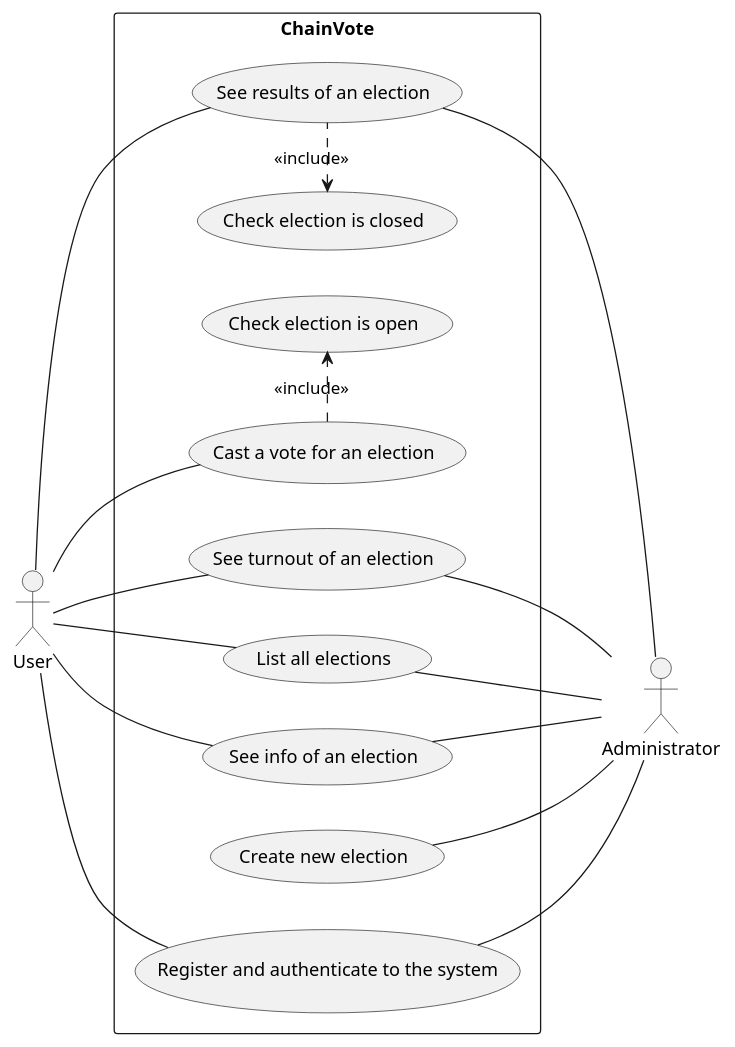
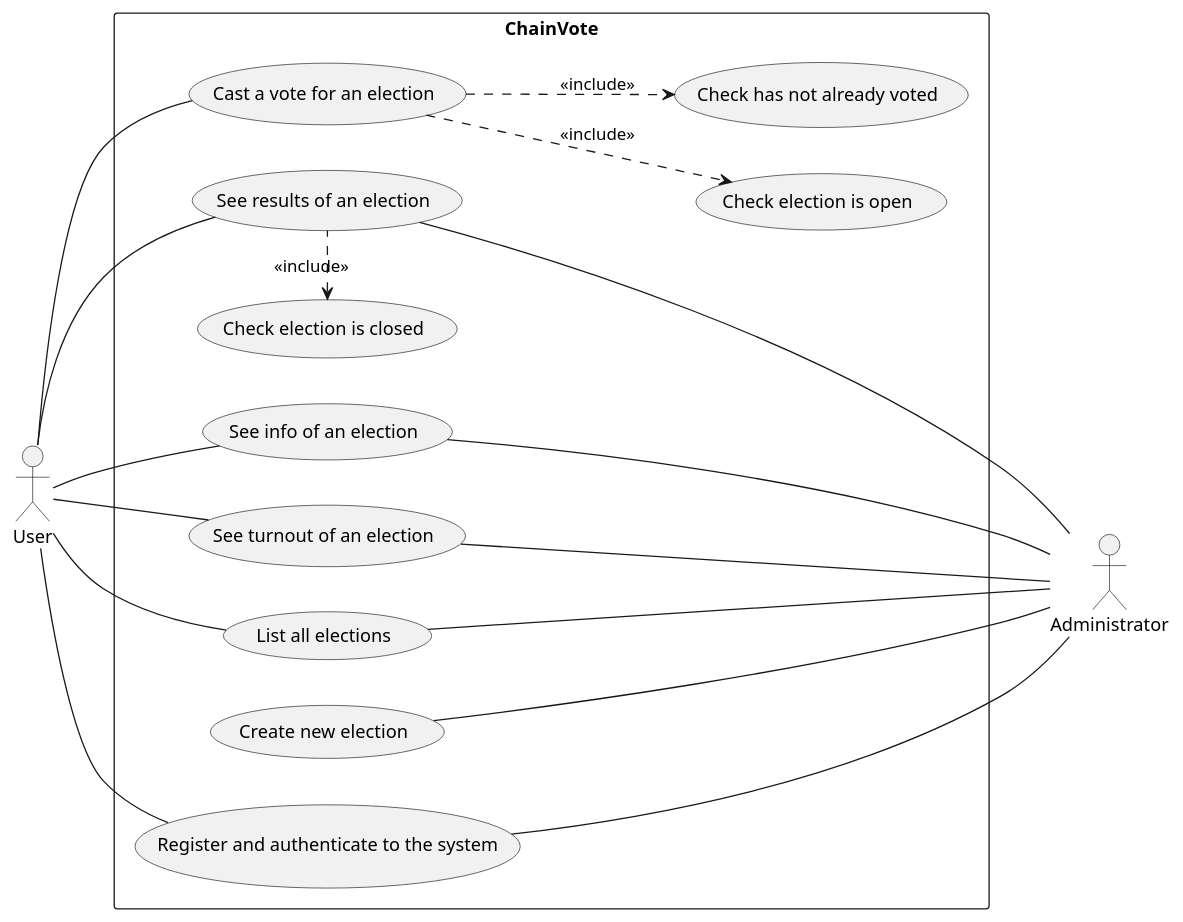
Before and after one commit to tassiluca/ChainVote: the diagram in docs/schemas/use-cases.puml, drawn with PlantUML. The commit also changed 6 other files, not shown here.

```diff
--- a/docs/schemas/use-cases.puml
+++ b/docs/schemas/use-cases.puml
@@ -1,34 +1,36 @@
 @startuml use-cases
 left to right direction
 
 actor User
 actor Administrator
 
 rectangle ChainVote {
     usecase "Register and authenticate to the system" as UC0
     usecase "Create new election" as UC1
     usecase "Cast a vote for an election" as UC2
     usecase "List all elections" as UC3
     usecase "See results of an election" as UC4
     usecase "See turnout of an election" as UC5
     usecase "See info of an election" as UC6
     usecase "Check election is closed" as CK1
     usecase "Check election is open" as CK2
+    usecase "Check has not already voted" as CK3
+    UC2 ..> CK2 : <<include>>
+    UC2 ..> CK3 : <<include>>
     UC4 .left.> CK1 : <<include>>
-    UC2 .right.> CK2 : <<include>>
 }
 
 User -- UC0
 User -- UC2
 User -- UC3
 User -- UC4
 User -- UC5
 User -- UC6
-Administrator -up- UC0
-Administrator -up- UC1
-Administrator -up- UC6
-Administrator -up- UC4
-Administrator -up- UC3
-Administrator -up- UC5
+Administrator -up-- UC0
+Administrator -up-- UC1
+Administrator -up-- UC3
+Administrator -up-- UC4
+Administrator -up-- UC5
+Administrator -up-- UC6
 
 @enduml
```
